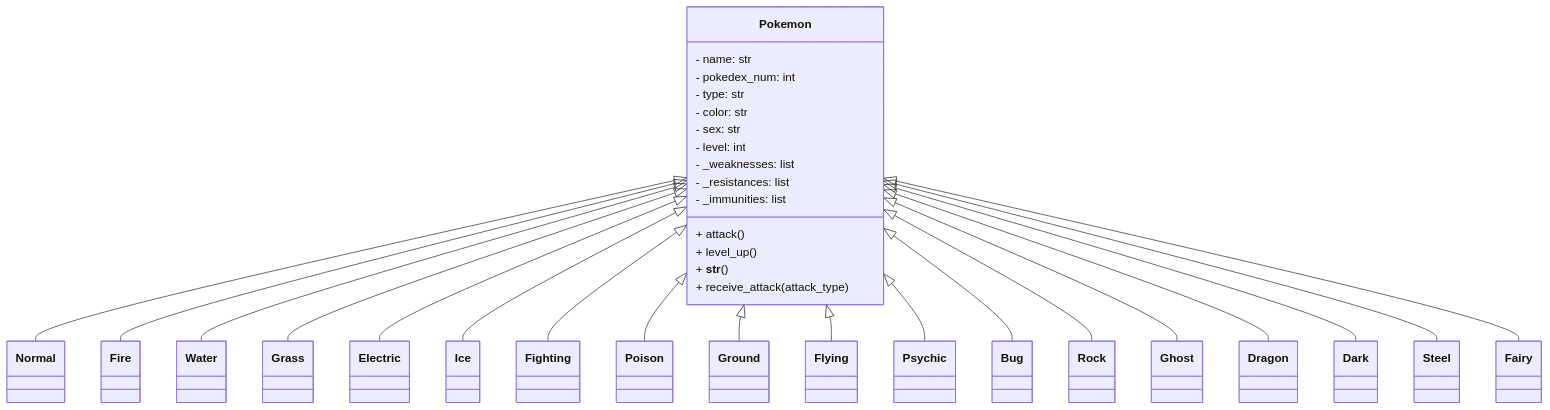
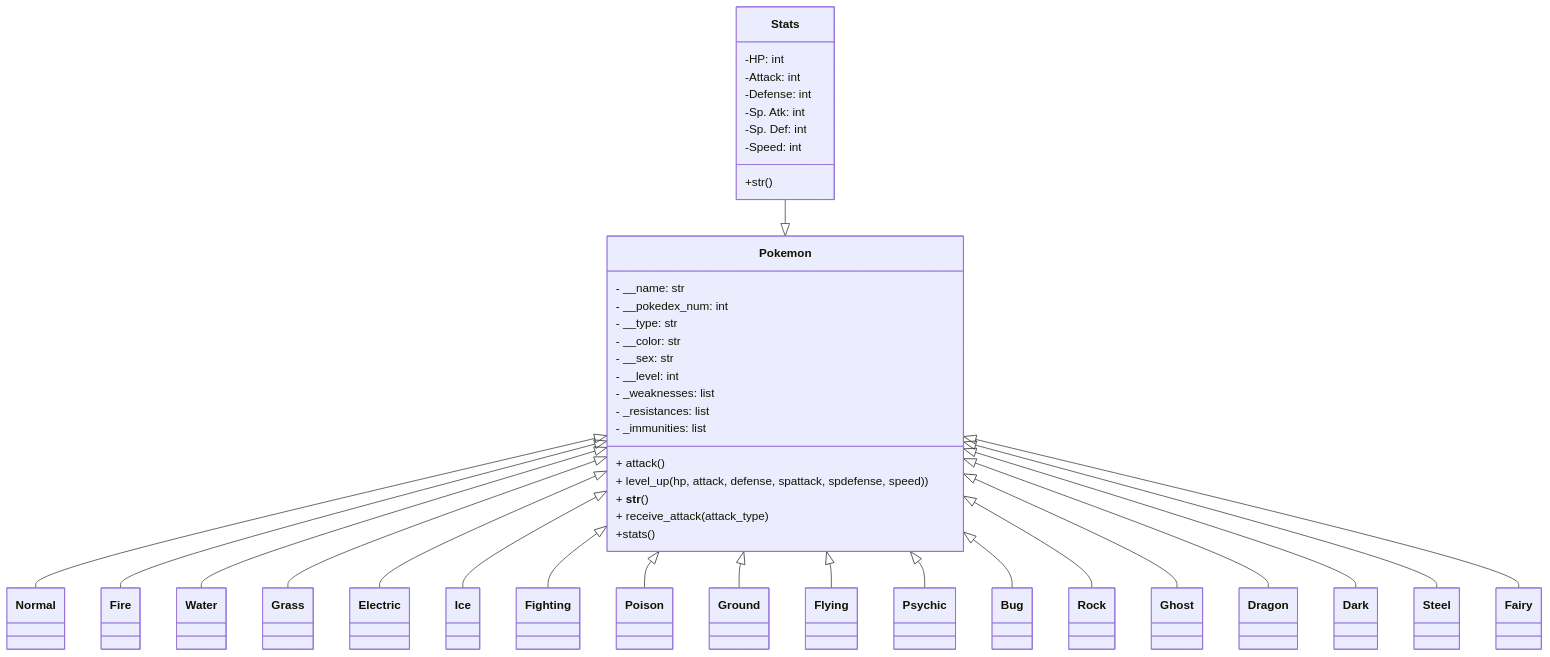
One commit to felipeg17/poke-repo changed the diagram in README.md. Above: the diagram before and after it, drawn with Mermaid. The commit also changed other lines of this file, not shown here.

Commit message:
Updated the class diagram

````diff
--- a/README.md
+++ b/README.md
@@ -30,19 +30,66 @@
 ```mermaid
 classDiagram
+direction TB
+    class Normal {
+    }
+    class Fire {
+    }
+    class Water {
+    }
+    class Grass {
+    }
+    class Electric {
+    }
+    class Ice {
+    }
+    class Fighting {
+    }
+    class Poison {
+    }
+    class Ground {
+    }
+    class Flying {
+    }
+    class Psychic {
+    }
+    class Bug {
+    }
+    class Rock {
+    }
+    class Ghost {
+    }
+    class Dragon {
+    }
+    class Dark {
+    }
+    class Steel {
+    }
+    class Fairy {
+    }
+    class Stats {
+	    -HP: int
+	    -Attack: int
+	    -Defense: int
+	    -Sp. Atk: int
+	    -Sp. Def: int
+	    -Speed: int
+	    +str()
+    }
     class Pokemon {
-        - name: str
-        - pokedex_num: int
-        - type: str
-        - color: str
-        - sex: str
-        - level: int
-        - _weaknesses: list
-        - _resistances: list
-        - _immunities: list
-        + attack()
-        + level_up()
-        + __str__()
-        + receive_attack(attack_type)
+	    - __name: str
+	    - __pokedex_num: int
+	    - __type: str
+	    - __color: str
+	    - __sex: str
+	    - __level: int
+	    - _weaknesses: list
+	    - _resistances: list
+	    - _immunities: list
+	    + attack()
+	    + level_up(hp, attack, defense, spattack, spdefense, speed))
+	    + __str__()
+	    + receive_attack(attack_type)
+	    +stats()
     }
 
     Pokemon <|-- Normal
@@ -63,4 +110,6 @@
     Pokemon <|-- Dark
     Pokemon <|-- Steel
     Pokemon <|-- Fairy
+    Stats --|> Pokemon
+
 ```
````
